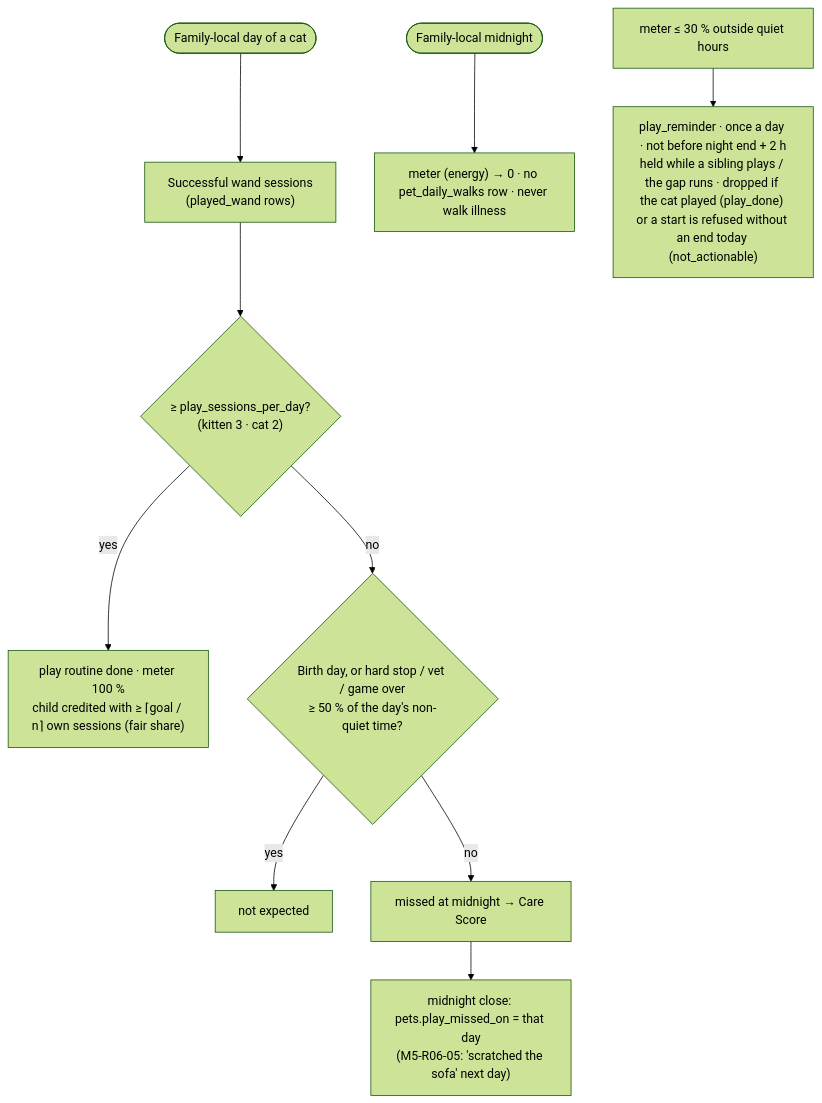
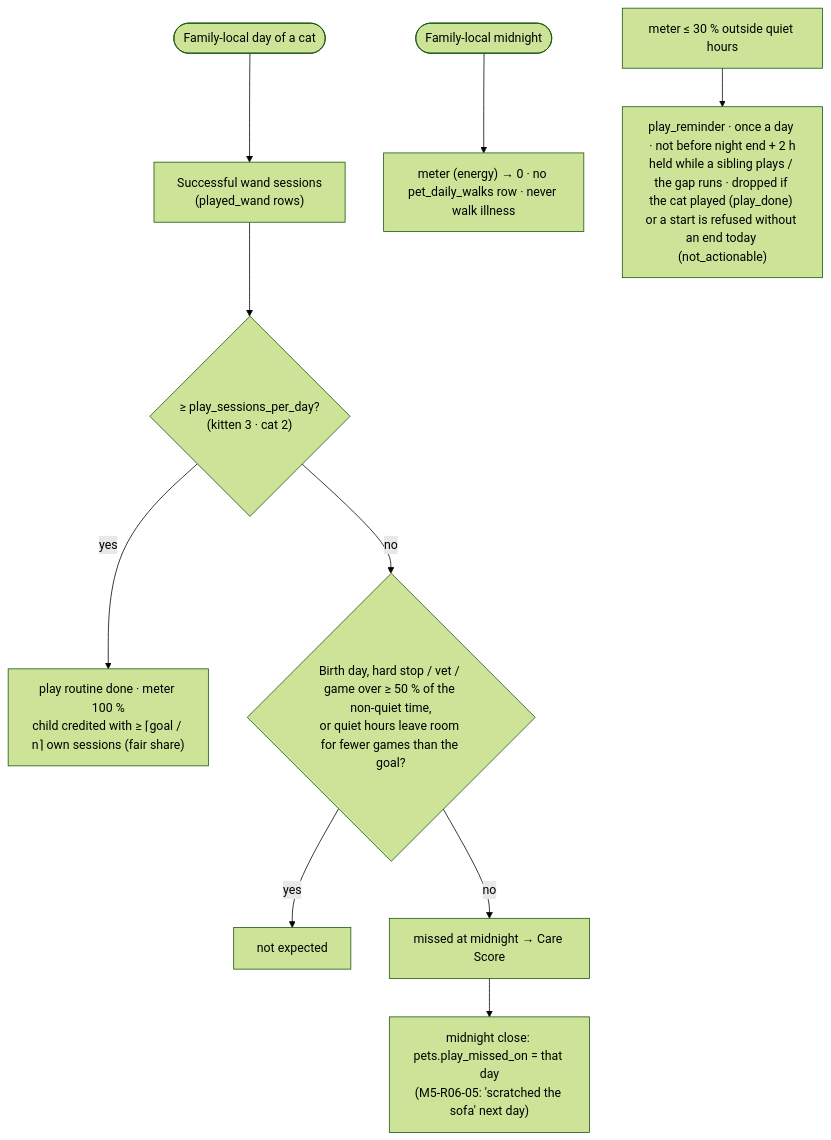
Before and after one commit to DataVallis/pet-prep: diagram 23 of 48 in docs/engineering/DIAGRAMS.md, drawn with Mermaid (forest theme). The commit also changed other lines of this file and 13 other files, not shown here.

First line of the commit message:
feat(backend): no cat wand play in quiet hours; David confirms R06-04 choices [M5-R06-04]

````diff
--- a/docs/engineering/DIAGRAMS.md
+++ b/docs/engineering/DIAGRAMS.md
@@ -659,12 +659,12 @@
 ```mermaid
 flowchart TD
   D([Family-local day of a cat]) --> S["Successful wand sessions<br/>(played_wand rows)"]
   S --> G{"≥ play_sessions_per_day?<br/>(kitten 3 · cat 2)"}
   G -- yes --> DONE["play routine done · meter 100 %<br/>child credited with ≥ ⌈goal / n⌉ own sessions (fair share)"]
-  G -- no --> EX{"Birth day, or hard stop / vet / game over<br/>≥ 50 % of the day's non-quiet time?"}
+  G -- no --> EX{"Birth day, hard stop / vet / game over ≥ 50 % of the non-quiet time,<br/>or quiet hours leave room for fewer games than the goal?"}
   EX -- yes --> NONE["not expected"]
   EX -- no --> MISS["missed at midnight → Care Score"]
   MISS --> FACT["midnight close: pets.play_missed_on = that day<br/>(M5-R06-05: 'scratched the sofa' next day)"]
   M([Family-local midnight]) --> RESET["meter (energy) → 0 · no pet_daily_walks row · never walk illness"]
   LOW["meter ≤ 30 % outside quiet hours"] --> PUSH["play_reminder · once a day · not before night end + 2 h<br/>held while a sibling plays / the gap runs · dropped if the cat played (play_done) or a start is refused without an end today (not_actionable)"]
 ```
````
